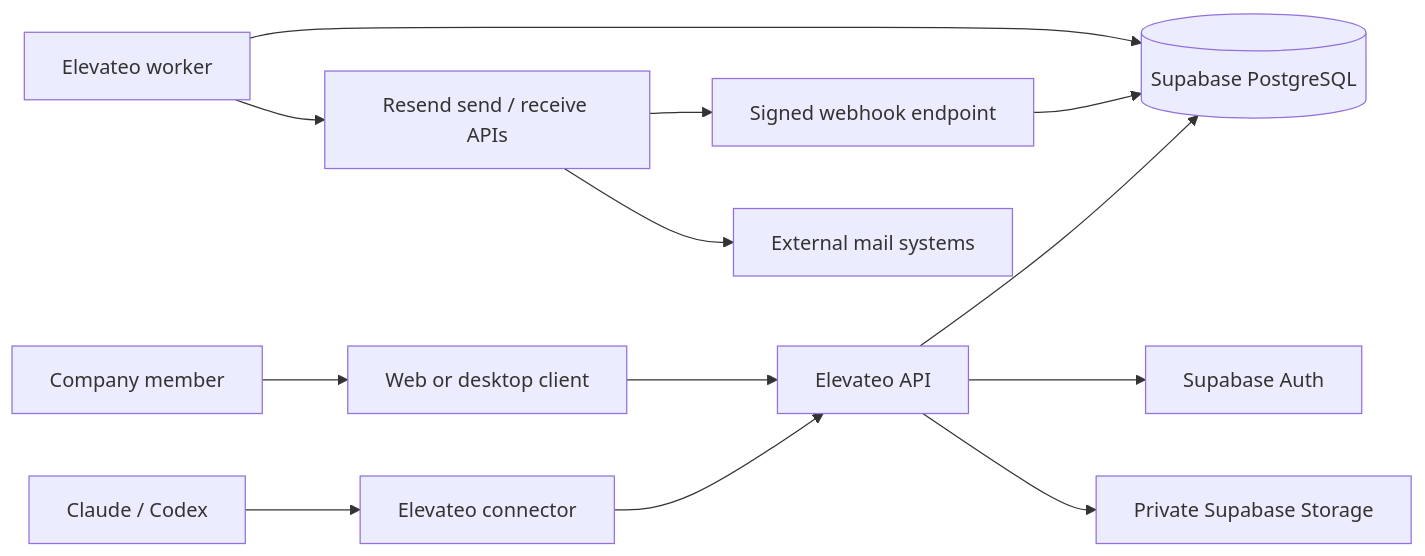
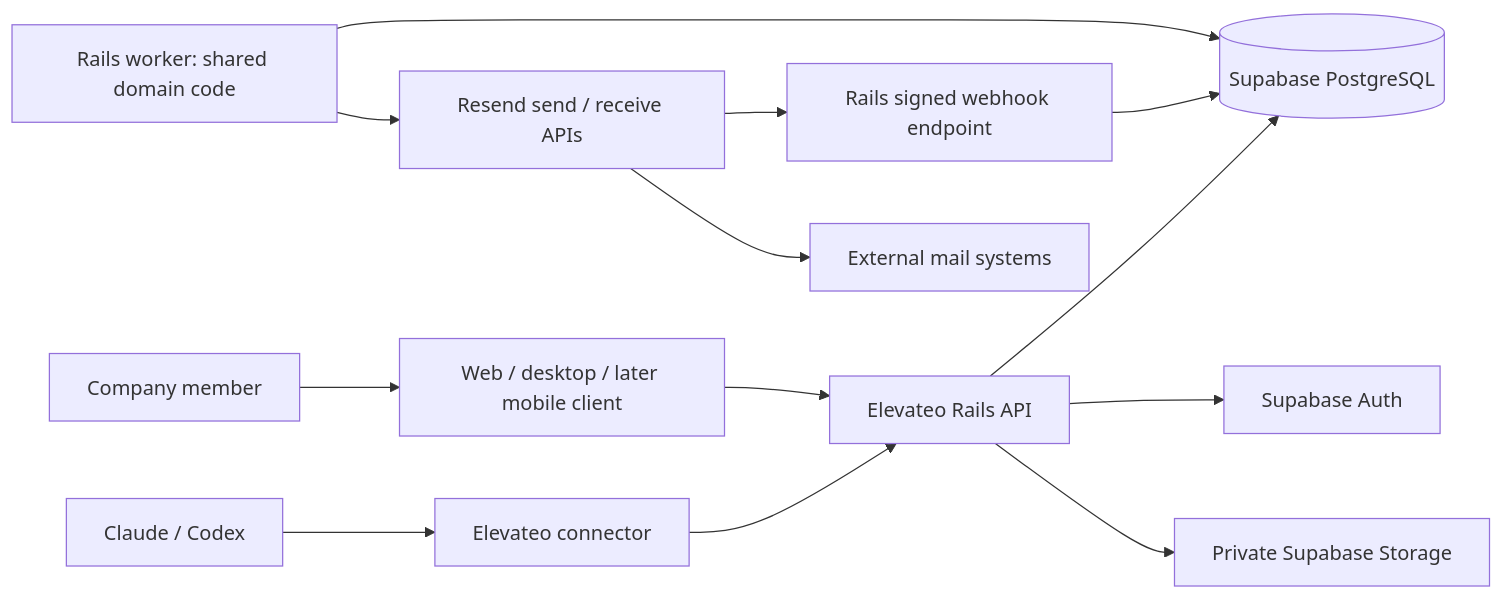
One commit to tanzeel-roseyco/elevateo-mail changed the diagram in docs/architecture.md. Above: the diagram before and after it, drawn with Mermaid. The commit also changed other lines of this file and 32 other files, not shown here.

````diff
--- a/docs/architecture.md
+++ b/docs/architecture.md
@@ -7,15 +7,15 @@
 ```mermaid
 flowchart LR
-    Person[Company member] --> Client[Web or desktop client]
+    Person[Company member] --> Client[Web / desktop / later mobile client]
     Claude[Claude / Codex] --> MCP[Elevateo connector]
-    Client --> API[Elevateo API]
+    Client --> API[Elevateo Rails API]
     MCP --> API
     API --> DB[(Supabase PostgreSQL)]
     API --> Auth[Supabase Auth]
     API --> Storage[Private Supabase Storage]
-    Worker[Elevateo worker] --> DB
+    Worker[Rails worker: shared domain code] --> DB
     Worker --> Resend[Resend send / receive APIs]
-    Resend --> Hook[Signed webhook endpoint]
+    Resend --> Hook[Rails signed webhook endpoint]
     Hook --> DB
     Resend --> Internet[External mail systems]
 ```
````
